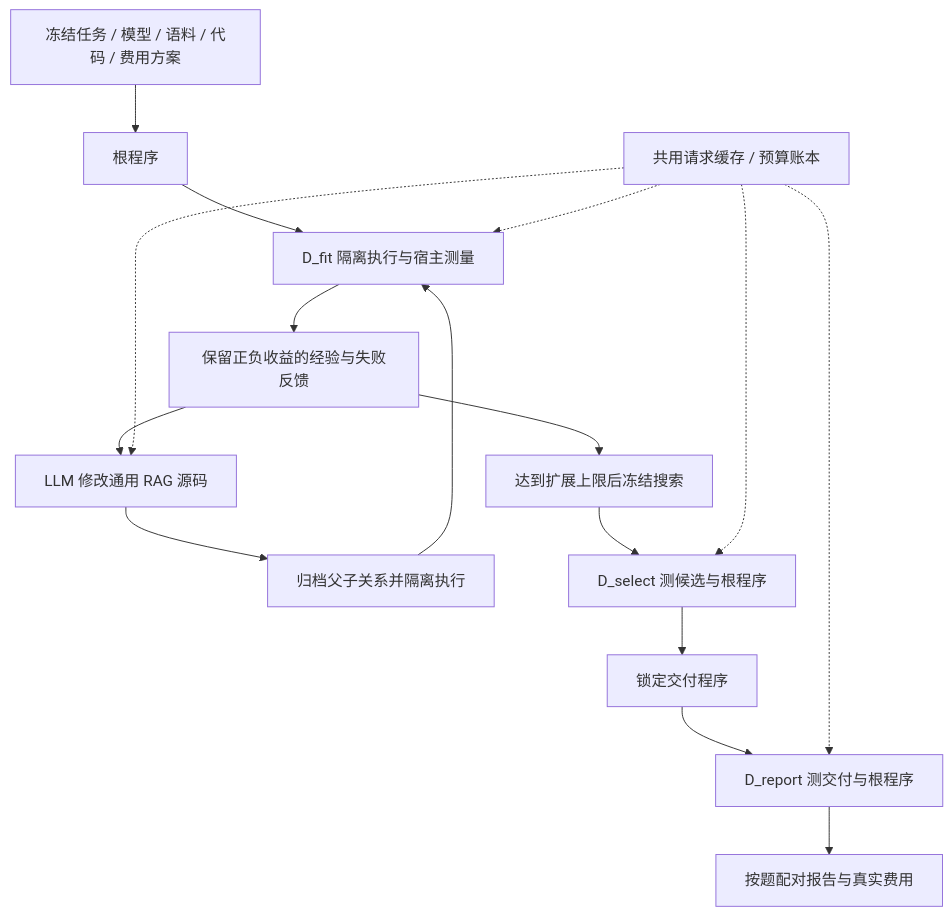
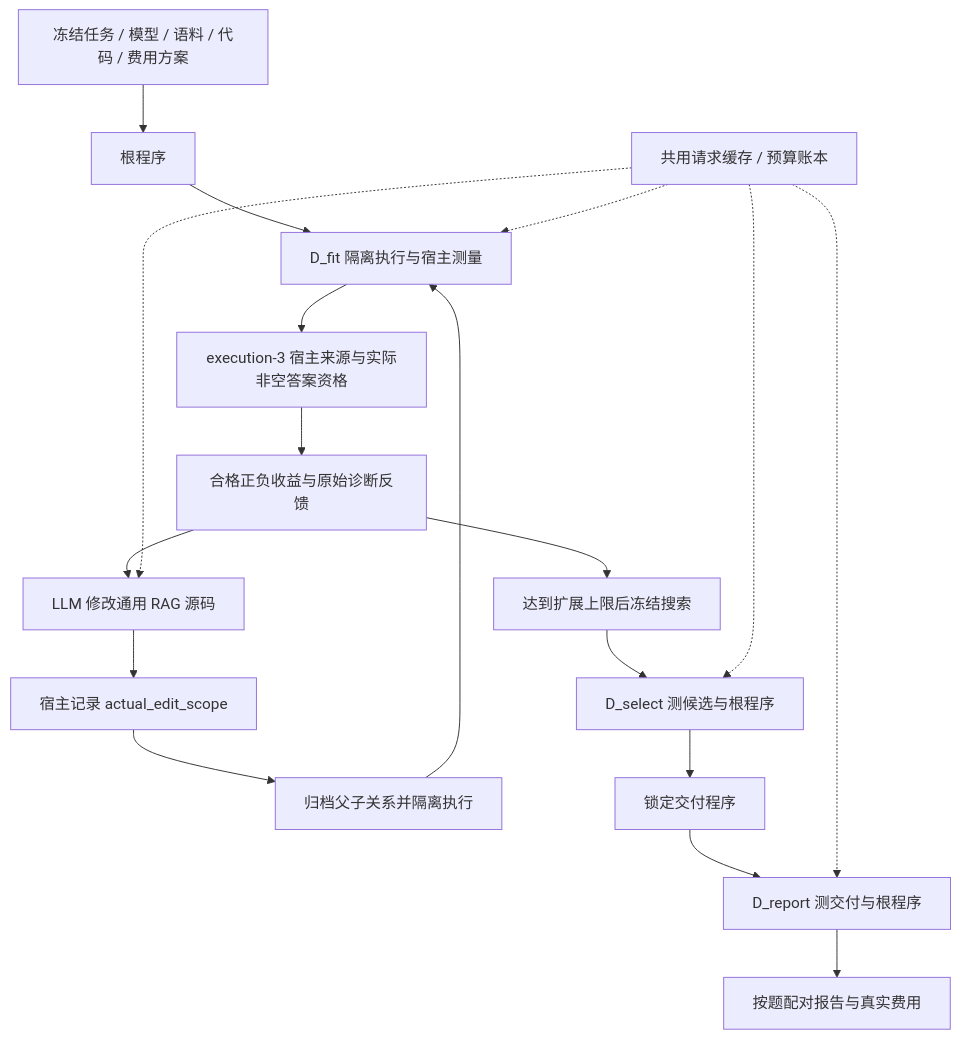
One commit to 2749111465lin-hue/rsi-agent changed the diagram in docs/v3_live_evolution.md. Above: the diagram before and after it, drawn with Mermaid. The commit also changed other lines of this file and 31 other files, not shown here.

Commit message:
fix(v3): qualify answer origin and record actual edit scope

````diff
--- a/docs/v3_live_evolution.md
+++ b/docs/v3_live_evolution.md
@@ -9,18 +9,20 @@
 ```mermaid
 flowchart TB
     P[冻结任务 / 模型 / 语料 / 代码 / 费用方案] --> R[根程序]
     R --> F[D_fit 隔离执行与宿主测量]
-    F --> E[保留正负收益的经验与失败反馈]
+    F --> Q[execution-3 宿主来源与实际非空答案资格]
+    Q --> E[合格正负收益与原始诊断反馈]
     E --> M[LLM 修改通用 RAG 源码]
-    M --> W[归档父子关系并隔离执行]
+    M --> A[宿主记录 actual_edit_scope]
+    A --> W[归档父子关系并隔离执行]
     W --> F
     E --> Z[达到扩展上限后冻结搜索]
     Z --> S[D_select 测候选与根程序]
     S --> L[锁定交付程序]
     L --> T[D_report 测交付与根程序]
     T --> O[按题配对报告与真实费用]
     B[共用请求缓存 / 预算账本] -.-> F
     B -.-> M
     B -.-> S
     B -.-> T
 ```
````
